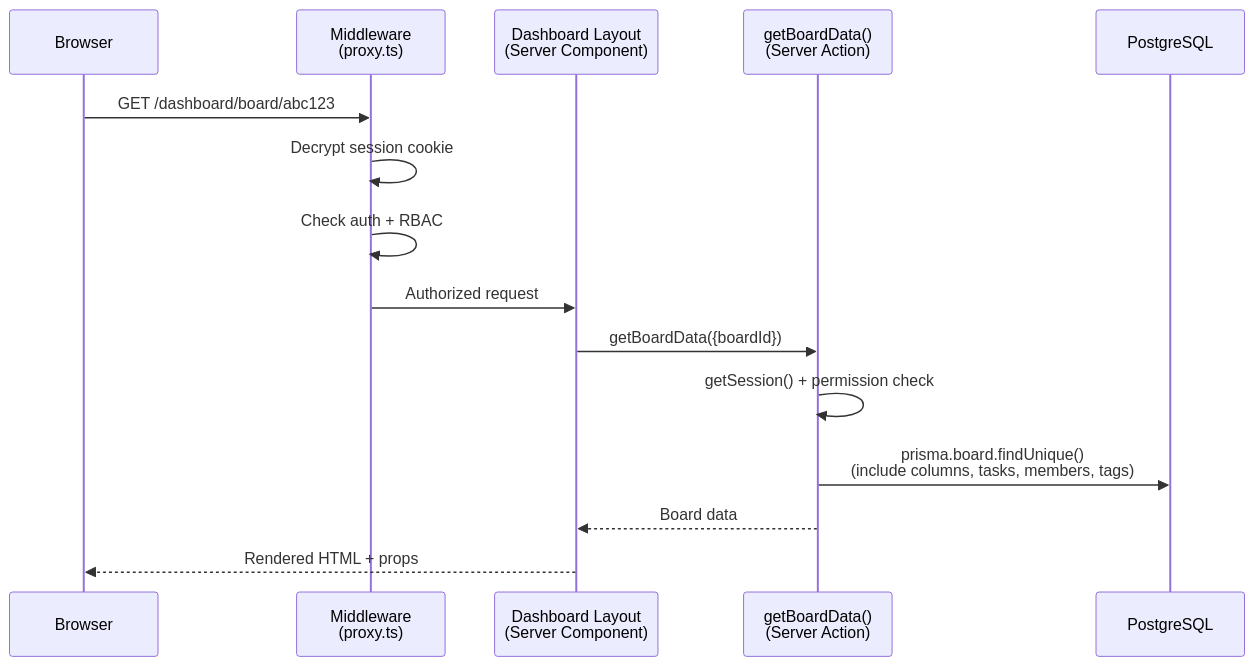
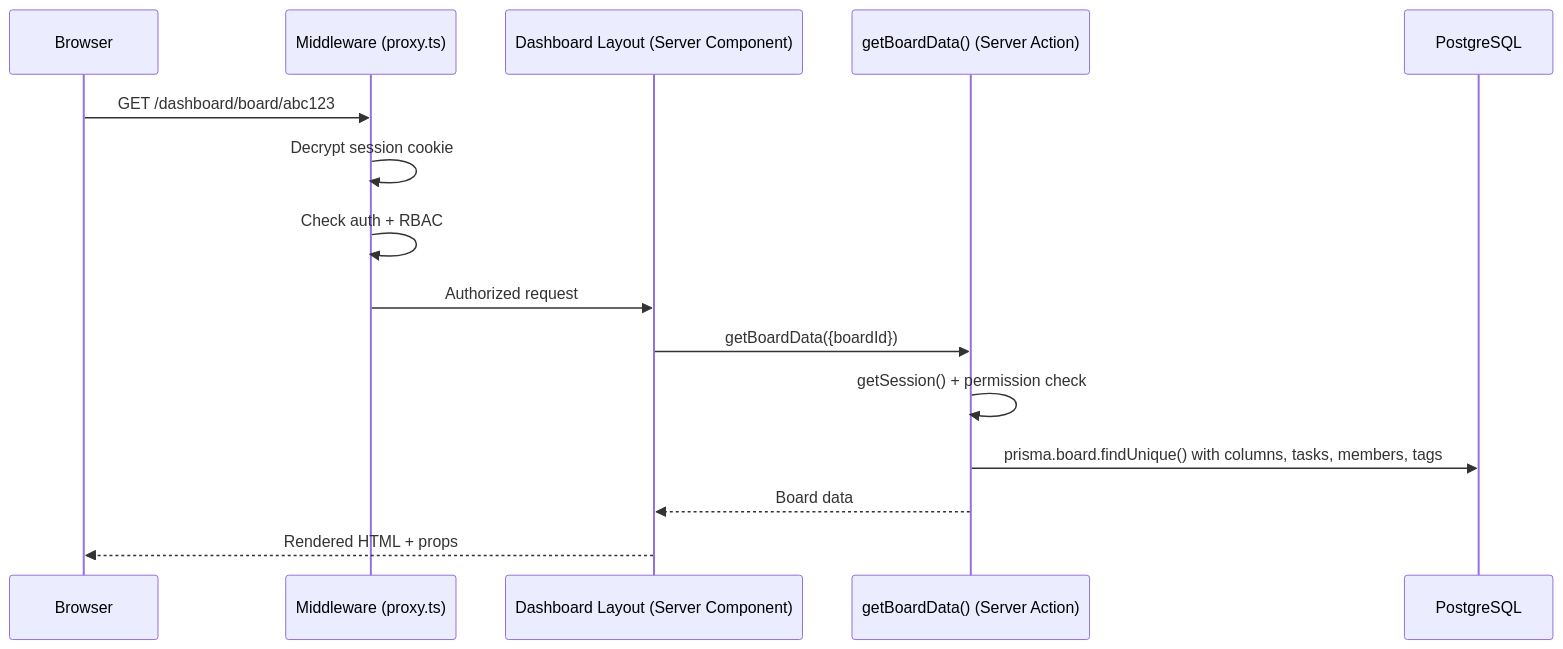
Before and after one commit to asefahmed500/Smart-Task-App_IIT_DU_Final_Project: the fourth of 5 diagrams in docs/01-system-architecture.md, drawn with Mermaid. The commit also changed other lines of this file and 8 other files, not shown here.

Commit message:
fix: remove br tags from mermaid diagrams for GitHub rendering

````diff
--- a/docs/01-system-architecture.md
+++ b/docs/01-system-architecture.md
@@ -233,18 +233,18 @@
 ```mermaid
 sequenceDiagram
     participant Browser
-    participant Proxy as Middleware<br/>(proxy.ts)
-    participant Layout as Dashboard Layout<br/>(Server Component)
-    participant Action as getBoardData()<br/>(Server Action)
+    participant Proxy as Middleware (proxy.ts)
+    participant Layout as Dashboard Layout (Server Component)
+    participant Action as getBoardData() (Server Action)
     participant DB as PostgreSQL
 
     Browser->>Proxy: GET /dashboard/board/abc123
     Proxy->>Proxy: Decrypt session cookie
     Proxy->>Proxy: Check auth + RBAC
     Proxy->>Layout: Authorized request
     Layout->>Action: getBoardData({boardId})
     Action->>Action: getSession() + permission check
-    Action->>DB: prisma.board.findUnique()<br/>(include columns, tasks, members, tags)
+    Action->>DB: prisma.board.findUnique() with columns, tasks, members, tags
     Action-->>Layout: Board data
     Layout-->>Browser: Rendered HTML + props
 ```
````
